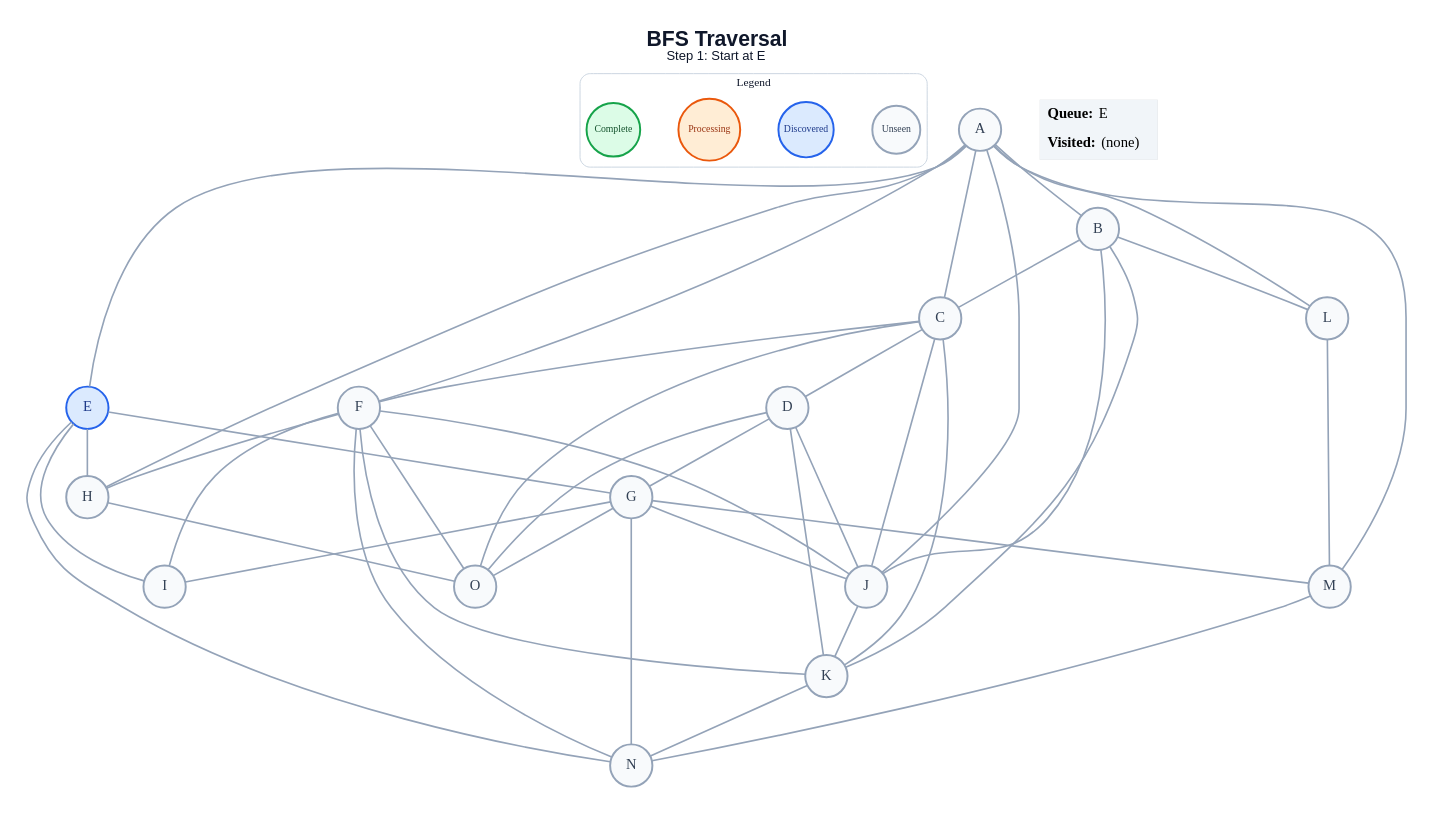
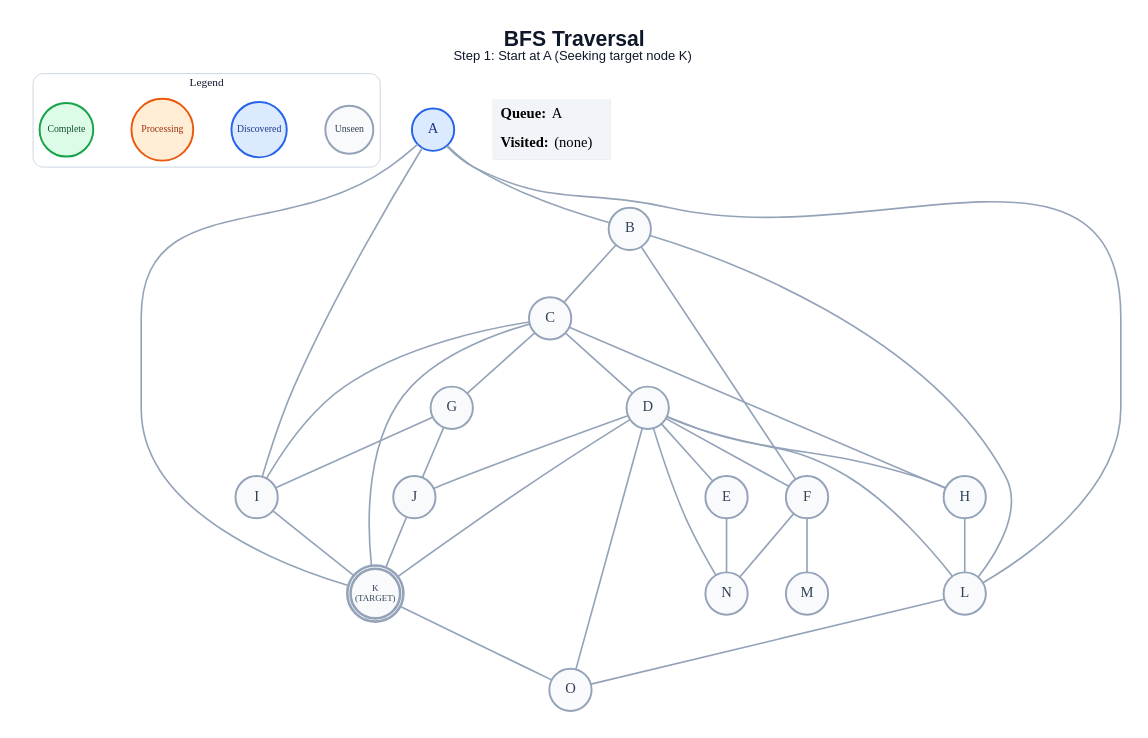
One commit to anon7238593-create/ai-slop changed the diagram in generated/specific-node/bfs/step_01.dot. Above: the diagram before and after it, drawn with Graphviz. The commit also changed 268 other files, not shown here.

```diff
--- a/generated/specific-node/bfs/step_01.dot
+++ b/generated/specific-node/bfs/step_01.dot
@@ -1,75 +1,64 @@
 graph traversal {
   graph [layout=dot, rankdir=TB, bgcolor="#FFFFFF", pad="0.35", nodesep="0.65", ranksep="0.8", fontname="Arial"];
   node [shape=circle, style="filled", fontname="Arial Bold", fontsize=18, width=0.72, fixedsize=true, penwidth=2.4];
   edge [color="#94A3B8", penwidth=2.0];
-  label=<<B>BFS Traversal</B><BR/><FONT POINT-SIZE="16">Step 1: Start at E</FONT>>; labelloc="t"; fontsize=26; fontname="Arial"; fontcolor="#0F172A";
+  label=<<B>BFS Traversal</B><BR/><FONT POINT-SIZE="16">Step 1: Start at A (Seeking target node K)</FONT>>; labelloc="t"; fontsize=26; fontname="Arial"; fontcolor="#0F172A";
   subgraph cluster_legend { label="Legend"; color="#CBD5E1"; penwidth=1.2; style="rounded"; fontsize=14; fontname="Arial Bold";
     key_unseen [label="Unseen", fillcolor="#F8FAFC", color="#94A3B8", fontcolor="#334155", fontsize=12, width=0.82];
     key_frontier [label="Discovered", fillcolor="#DBEAFE", color="#2563EB", fontcolor="#1E3A8A", fontsize=12, width=0.95];
     key_current [label="Processing", fillcolor="#FFEDD5", color="#EA580C", fontcolor="#9A3412", fontsize=12, width=1.05];
     key_done [label="Complete", fillcolor="#DCFCE7", color="#16A34A", fontcolor="#14532D", fontsize=12, width=0.92];
     { rank=same; key_unseen; key_frontier; key_current; key_done; }
   }
-  A [fillcolor="#F8FAFC", color="#94A3B8", fontcolor="#334155"];
-  B [fillcolor="#F8FAFC", color="#94A3B8", fontcolor="#334155"];
-  C [fillcolor="#F8FAFC", color="#94A3B8", fontcolor="#334155"];
-  D [fillcolor="#F8FAFC", color="#94A3B8", fontcolor="#334155"];
-  E [fillcolor="#DBEAFE", color="#2563EB", fontcolor="#1E3A8A"];
-  F [fillcolor="#F8FAFC", color="#94A3B8", fontcolor="#334155"];
-  G [fillcolor="#F8FAFC", color="#94A3B8", fontcolor="#334155"];
-  H [fillcolor="#F8FAFC", color="#94A3B8", fontcolor="#334155"];
-  I [fillcolor="#F8FAFC", color="#94A3B8", fontcolor="#334155"];
-  J [fillcolor="#F8FAFC", color="#94A3B8", fontcolor="#334155"];
-  K [fillcolor="#F8FAFC", color="#94A3B8", fontcolor="#334155"];
-  L [fillcolor="#F8FAFC", color="#94A3B8", fontcolor="#334155"];
-  M [fillcolor="#F8FAFC", color="#94A3B8", fontcolor="#334155"];
-  N [fillcolor="#F8FAFC", color="#94A3B8", fontcolor="#334155"];
-  O [fillcolor="#F8FAFC", color="#94A3B8", fontcolor="#334155"];
+  A [label="A", fillcolor="#DBEAFE", color="#2563EB", fontcolor="#1E3A8A", peripheries=1, penwidth=2.4];
+  B [label="B", fillcolor="#F8FAFC", color="#94A3B8", fontcolor="#334155", peripheries=1, penwidth=2.4];
+  C [label="C", fillcolor="#F8FAFC", color="#94A3B8", fontcolor="#334155", peripheries=1, penwidth=2.4];
+  D [label="D", fillcolor="#F8FAFC", color="#94A3B8", fontcolor="#334155", peripheries=1, penwidth=2.4];
+  E [label="E", fillcolor="#F8FAFC", color="#94A3B8", fontcolor="#334155", peripheries=1, penwidth=2.4];
+  F [label="F", fillcolor="#F8FAFC", color="#94A3B8", fontcolor="#334155", peripheries=1, penwidth=2.4];
+  G [label="G", fillcolor="#F8FAFC", color="#94A3B8", fontcolor="#334155", peripheries=1, penwidth=2.4];
+  H [label="H", fillcolor="#F8FAFC", color="#94A3B8", fontcolor="#334155", peripheries=1, penwidth=2.4];
+  I [label="I", fillcolor="#F8FAFC", color="#94A3B8", fontcolor="#334155", peripheries=1, penwidth=2.4];
+  J [label="J", fillcolor="#F8FAFC", color="#94A3B8", fontcolor="#334155", peripheries=1, penwidth=2.4];
+  K [label="K\n(TARGET)", fillcolor="#F8FAFC", color="#94A3B8", fontcolor="#334155", peripheries=2, penwidth=3.2, fontsize=11, width=0.85, height=0.85];
+  L [label="L", fillcolor="#F8FAFC", color="#94A3B8", fontcolor="#334155", peripheries=1, penwidth=2.4];
+  M [label="M", fillcolor="#F8FAFC", color="#94A3B8", fontcolor="#334155", peripheries=1, penwidth=2.4];
+  N [label="N", fillcolor="#F8FAFC", color="#94A3B8", fontcolor="#334155", peripheries=1, penwidth=2.4];
+  O [label="O", fillcolor="#F8FAFC", color="#94A3B8", fontcolor="#334155", peripheries=1, penwidth=2.4];
   A -- B;
-  A -- C;
-  A -- E;
-  A -- F;
-  A -- H;
-  A -- J;
+  A -- I;
+  A -- K;
   A -- L;
-  A -- M;
   B -- C;
-  B -- J;
-  B -- K;
+  B -- F;
   B -- L;
   C -- D;
-  C -- F;
-  C -- J;
+  C -- G;
+  C -- H;
+  C -- I;
   C -- K;
-  C -- O;
-  D -- G;
+  D -- E;
+  D -- F;
+  D -- H;
   D -- J;
   D -- K;
+  D -- L;
+  D -- N;
   D -- O;
-  E -- G;
-  E -- H;
-  E -- I;
   E -- N;
-  F -- H;
-  F -- I;
-  F -- J;
-  F -- K;
+  F -- M;
   F -- N;
-  F -- O;
   G -- I;
   G -- J;
-  G -- M;
-  G -- N;
-  G -- O;
-  H -- O;
+  H -- L;
+  I -- K;
   J -- K;
-  K -- N;
-  L -- M;
-  M -- N;
+  K -- O;
+  L -- O;
   status [shape=plain, fixedsize=false, width=0, height=0, margin=0, label=<
     <TABLE BORDER="0" CELLBORDER="0" CELLPADDING="7" BGCOLOR="#F1F5F9">
-      <TR><TD ALIGN="LEFT"><B>Queue:</B> E</TD></TR>
+      <TR><TD ALIGN="LEFT"><B>Queue:</B> A</TD></TR>
       <TR><TD ALIGN="LEFT"><B>Visited:</B> (none)</TD></TR>
     </TABLE>
   >];
 }
```
